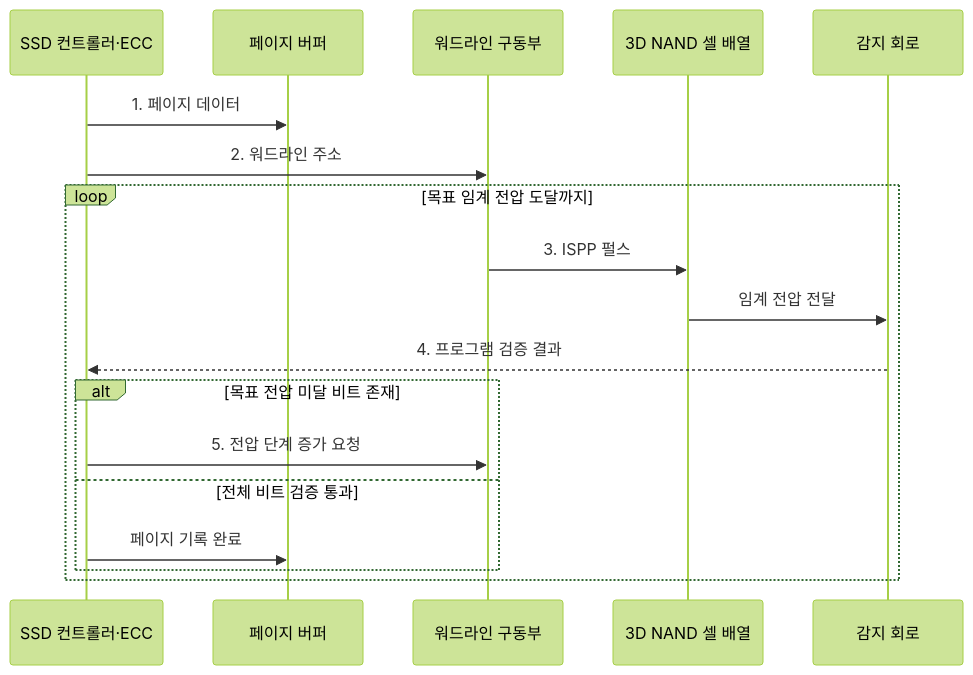
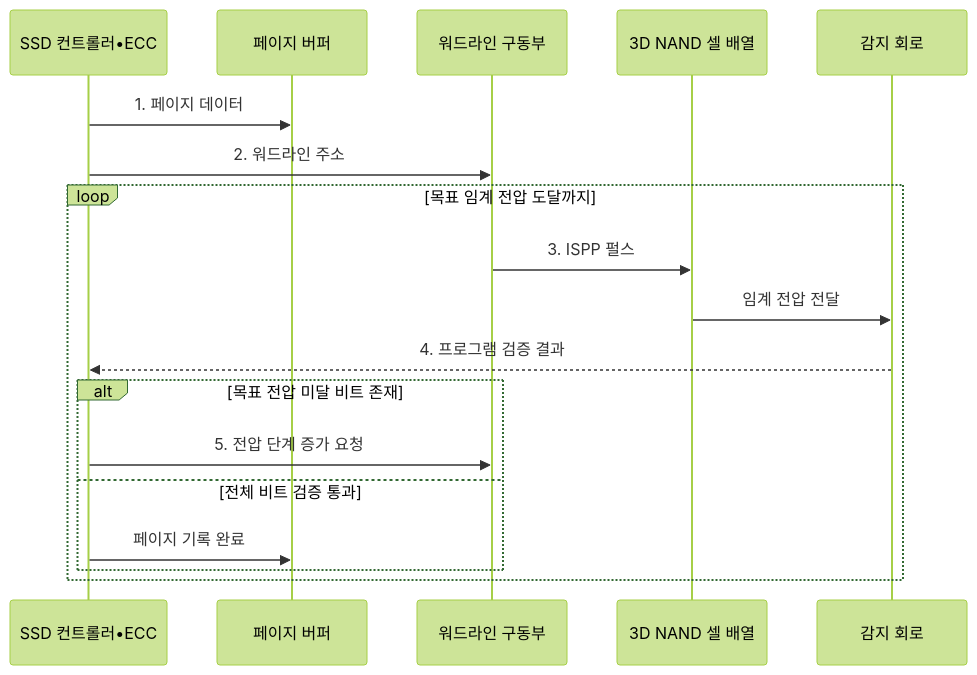
Before and after one commit to agnusdei1207/knowledge-base: the second of 2 diagrams in src/content/docs/notes/02-hardware/031_nand_flash_3d_v_nand.md, drawn with Mermaid (forest theme). The commit also changed other lines of this file and 953 other files, not shown here.

````diff
--- a/src/content/docs/notes/02-hardware/031_nand_flash_3d_v_nand.md
+++ b/src/content/docs/notes/02-hardware/031_nand_flash_3d_v_nand.md
@@ -104,21 +104,21 @@
 ```mermaid
 sequenceDiagram
-    participant H as SSD 컨트롤러·ECC
+    participant H as SSD 컨트롤러•ECC
     participant B as 페이지 버퍼
     participant W as 워드라인 구동부
     participant A as 3D NAND 셀 배열
     participant S as 감지 회로
 
     H->>B: 1. 페이지 데이터
     H->>W: 2. 워드라인 주소
     loop 목표 임계 전압 도달까지
         W->>A: 3. ISPP 펄스
         A->>S: 임계 전압 전달
         S-->>H: 4. 프로그램 검증 결과
         alt 목표 전압 미달 비트 존재
             H->>W: 5. 전압 단계 증가 요청
         else 전체 비트 검증 통과
             H->>B: 페이지 기록 완료
         end
     end
 ```
````
